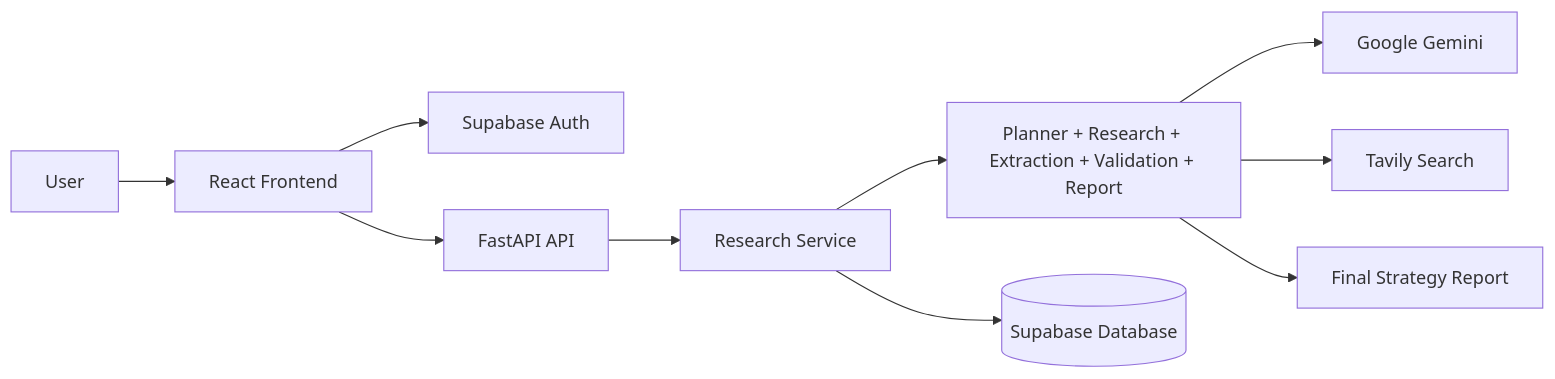
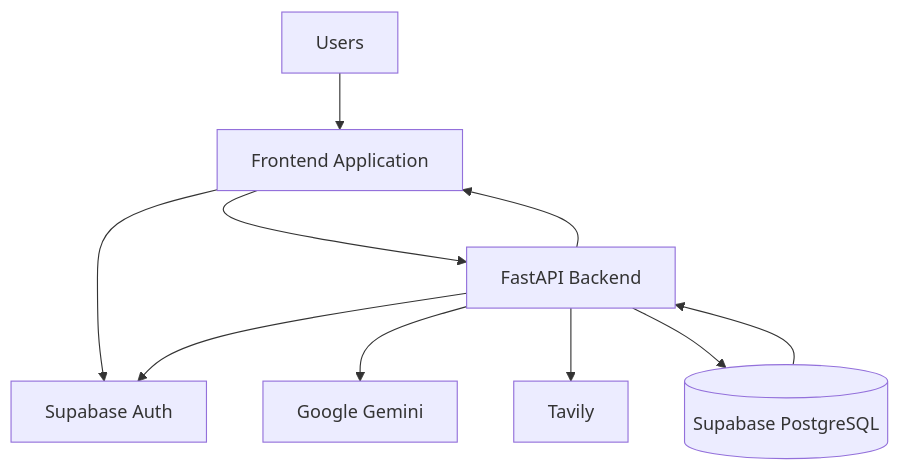
The tenth of 11 diagrams in README.md (shaikhanila/McKinsey-AI-Market-Research-Strategy-Engine), drawn with Mermaid before and after one commit. The commit also changed other lines of this file, not shown here.

````diff
--- a/README.md
+++ b/README.md
@@ -32,12 +1355,25 @@
 ```mermaid
-flowchart LR
-    User --> Frontend[React Frontend]
-    Frontend --> Auth[Supabase Auth]
-    Frontend --> API[FastAPI API]
-    API --> Service[Research Service]
-    Service --> Pipeline[Planner + Research + Extraction + Validation + Report]
-    Pipeline --> Gemini[Google Gemini]
-    Pipeline --> Tavily[Tavily Search]
-    Service --> Supabase[(Supabase Database)]
-    Pipeline --> Report[Final Strategy Report]
+flowchart TB
+    USER["Users"]
+
+    WEB["Frontend Application"]
+    API["FastAPI Backend"]
+
+    AUTH["Supabase Auth"]
+    DB[("Supabase PostgreSQL")]
+
+    GEM["Google Gemini"]
+    TAV["Tavily"]
+
+    USER --> WEB
+    WEB --> AUTH
+    WEB --> API
+
+    API --> GEM
+    API --> TAV
+    API --> DB
+    API --> AUTH
+
+    DB --> API
+    API --> WEB
 ```
````
